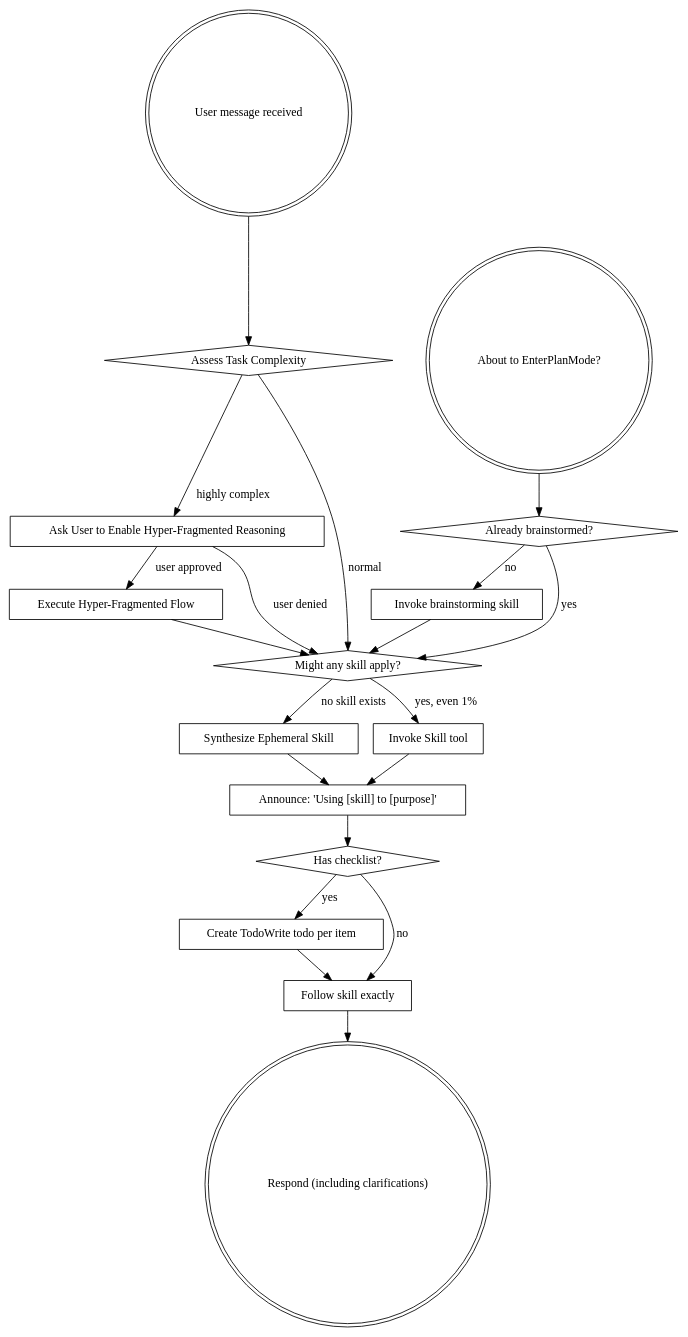
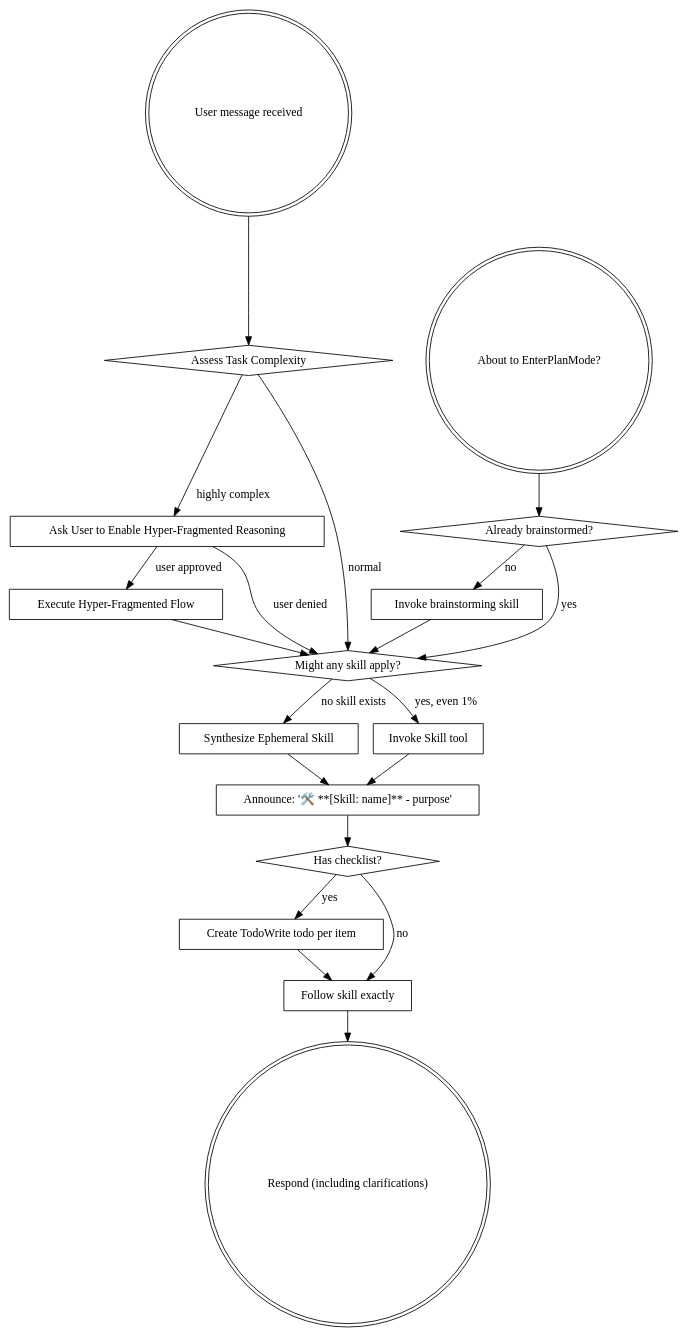
One commit to leakdev0410/superpowers changed the diagram in skills/using-superpowers/SKILL.md. Above: the diagram before and after it, drawn with Graphviz. The commit also changed other lines of this file and 4 other files, not shown here.

````diff
--- a/skills/using-superpowers/SKILL.md
+++ b/skills/using-superpowers/SKILL.md
@@ -48,42 +89,42 @@
 ```dot
 digraph skill_flow {
     "User message received" [shape=doublecircle];
     "Assess Task Complexity" [shape=diamond];
     "Ask User to Enable Hyper-Fragmented Reasoning" [shape=box];
     "Execute Hyper-Fragmented Flow" [shape=box];
 
     "About to EnterPlanMode?" [shape=doublecircle];
     "Already brainstormed?" [shape=diamond];
     "Invoke brainstorming skill" [shape=box];
     "Might any skill apply?" [shape=diamond];
     "Synthesize Ephemeral Skill" [shape=box];
     "Invoke Skill tool" [shape=box];
-    "Announce: 'Using [skill] to [purpose]'" [shape=box];
+    "Announce: '🛠️ **[Skill: name]** - purpose'" [shape=box];
     "Has checklist?" [shape=diamond];
     "Create TodoWrite todo per item" [shape=box];
     "Follow skill exactly" [shape=box];
     "Respond (including clarifications)" [shape=doublecircle];
 
     "User message received" -> "Assess Task Complexity";
     "Assess Task Complexity" -> "Ask User to Enable Hyper-Fragmented Reasoning" [label="highly complex"];
     "Assess Task Complexity" -> "Might any skill apply?" [label="normal"];
     "Ask User to Enable Hyper-Fragmented Reasoning" -> "Execute Hyper-Fragmented Flow" [label="user approved"];
     "Ask User to Enable Hyper-Fragmented Reasoning" -> "Might any skill apply?" [label="user denied"];
     "Execute Hyper-Fragmented Flow" -> "Might any skill apply?";
 
     "About to EnterPlanMode?" -> "Already brainstormed?";
     "Already brainstormed?" -> "Invoke brainstorming skill" [label="no"];
     "Already brainstormed?" -> "Might any skill apply?" [label="yes"];
     "Invoke brainstorming skill" -> "Might any skill apply?";
 
     "Might any skill apply?" -> "Invoke Skill tool" [label="yes, even 1%"];
     "Might any skill apply?" -> "Synthesize Ephemeral Skill" [label="no skill exists"];
-    "Synthesize Ephemeral Skill" -> "Announce: 'Using [skill] to [purpose]'";
-    "Invoke Skill tool" -> "Announce: 'Using [skill] to [purpose]'";
-    "Announce: 'Using [skill] to [purpose]'" -> "Has checklist?";
+    "Synthesize Ephemeral Skill" -> "Announce: '🛠️ **[Skill: name]** - purpose'";
+    "Invoke Skill tool" -> "Announce: '🛠️ **[Skill: name]** - purpose'";
+    "Announce: '🛠️ **[Skill: name]** - purpose'" -> "Has checklist?";
     "Has checklist?" -> "Create TodoWrite todo per item" [label="yes"];
     "Has checklist?" -> "Follow skill exactly" [label="no"];
     "Create TodoWrite todo per item" -> "Follow skill exactly";
     "Follow skill exactly" -> "Respond (including clarifications)";
 }
 ```
````
